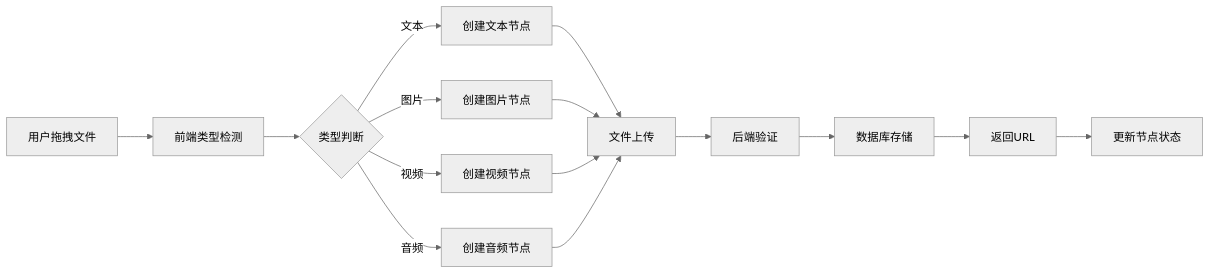
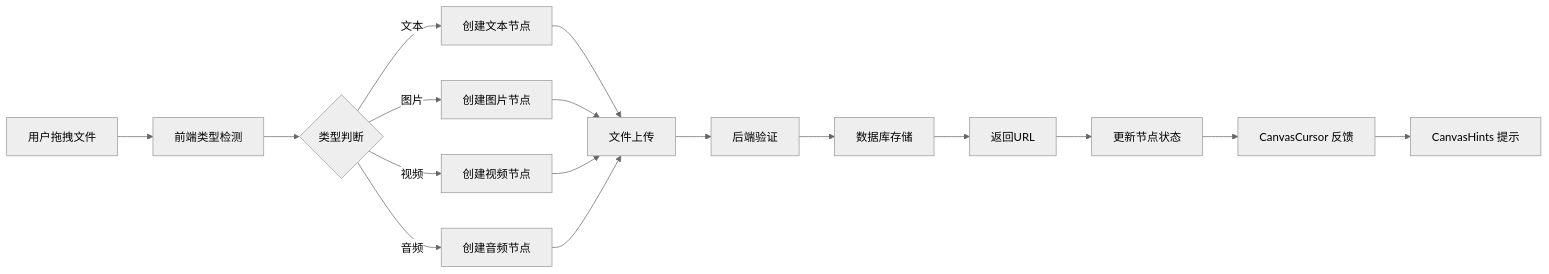
One commit to KunLabAI/KunFlix changed the ninth of 9 diagrams in .qoder/repowiki/zh/content/Canvas File Type Detection.md. Above: the diagram before and after it, drawn with Mermaid (neutral theme). The commit also changed other lines of this file and 32 other files, not shown here.

````diff
--- a/.qoder/repowiki/zh/content/Canvas File Type Detection.md
+++ b/.qoder/repowiki/zh/content/Canvas File Type Detection.md
@@ -324,17 +383,19 @@
 ```mermaid
 flowchart LR
 A[用户拖拽文件] --> B[前端类型检测]
 B --> C{类型判断}
 C --> |文本| D[创建文本节点]
 C --> |图片| E[创建图片节点]
 C --> |视频| F[创建视频节点]
 C --> |音频| G[创建音频节点]
 D --> H[文件上传]
 E --> H
 F --> H
 G --> H
 H --> I[后端验证]
 I --> J[数据库存储]
 J --> K[返回URL]
 K --> L[更新节点状态]
+L --> M[CanvasCursor 反馈]
+M --> N[CanvasHints 提示]
 ```
````
